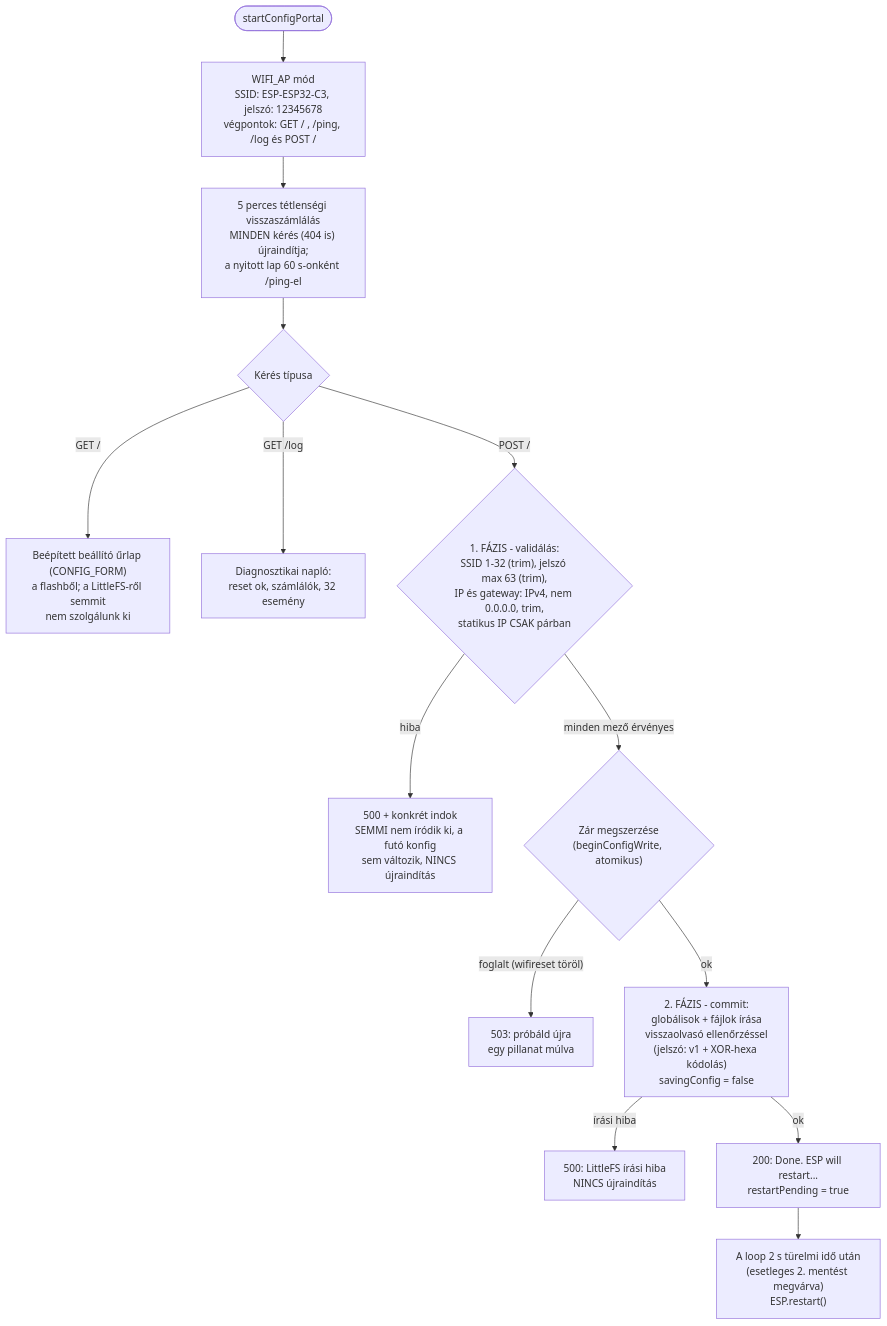
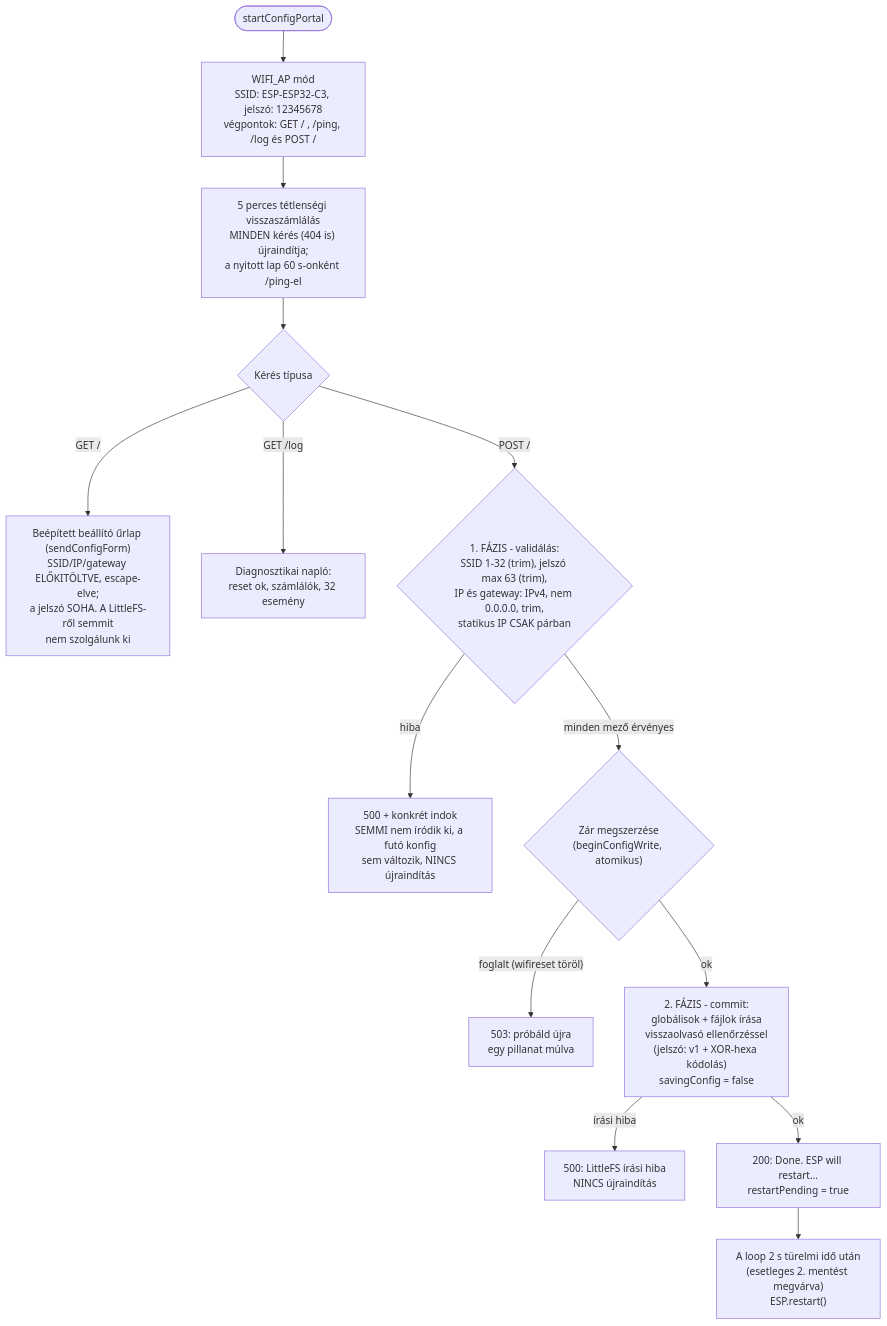
The seventh of 9 diagrams in FOLYAMATABRA.md (manszabi/bazsi-router-reboot), drawn with Mermaid before and after one commit. The commit also changed other lines of this file and 6 other files, not shown here.

````diff
--- a/FOLYAMATABRA.md
+++ b/FOLYAMATABRA.md
@@ -211,16 +211,16 @@
 ```mermaid
 flowchart TD
     IN([startConfigPortal]) --> AP["WIFI_AP mód<br>SSID: ESP-ESP32-C3, jelszó: 12345678<br>végpontok: GET / , /ping, /log és POST /"]
     AP --> IDLE["5 perces tétlenségi visszaszámlálás<br>MINDEN kérés (404 is) újraindítja;<br>a nyitott lap 60 s-onként /ping-el"]
     IDLE --> REQ{Kérés típusa}
-    REQ -->|"GET /"| FORM["Beépített beállító űrlap (CONFIG_FORM)<br>a flashből; a LittleFS-ről semmit<br>nem szolgálunk ki"]
+    REQ -->|"GET /"| FORM["Beépített beállító űrlap (sendConfigForm)<br>SSID/IP/gateway ELŐKITÖLTVE, escape-elve;<br>a jelszó SOHA. A LittleFS-ről semmit<br>nem szolgálunk ki"]
     REQ -->|"GET /log"| LOG["Diagnosztikai napló:<br>reset ok, számlálók, 32 esemény"]
     REQ -->|"POST /"| VAL{"1. FÁZIS - validálás:<br>SSID 1-32 (trim), jelszó max 63 (trim),<br>IP és gateway: IPv4, nem 0.0.0.0, trim,<br>statikus IP CSAK párban"}
     VAL -->|hiba| E500["500 + konkrét indok<br>SEMMI nem íródik ki, a futó konfig<br>sem változik, NINCS újraindítás"]
     VAL -->|"minden mező érvényes"| LOCK{"Zár megszerzése<br>(beginConfigWrite, atomikus)"}
     LOCK -->|"foglalt (wifireset töröl)"| E503["503: próbáld újra<br>egy pillanat múlva"]
     LOCK -->|ok| SAVE["2. FÁZIS - commit:<br>globálisok + fájlok írása<br>visszaolvasó ellenőrzéssel<br>(jelszó: v1 + XOR-hexa kódolás)<br>savingConfig = false"]
     SAVE -->|"írási hiba"| E500W["500: LittleFS írási hiba<br>NINCS újraindítás"]
     SAVE -->|ok| R200["200: Done. ESP will restart...<br>restartPending = true"]
     R200 --> DEF["A loop 2 s türelmi idő után<br>(esetleges 2. mentést megvárva)<br>ESP.restart()"]
 ```
````
